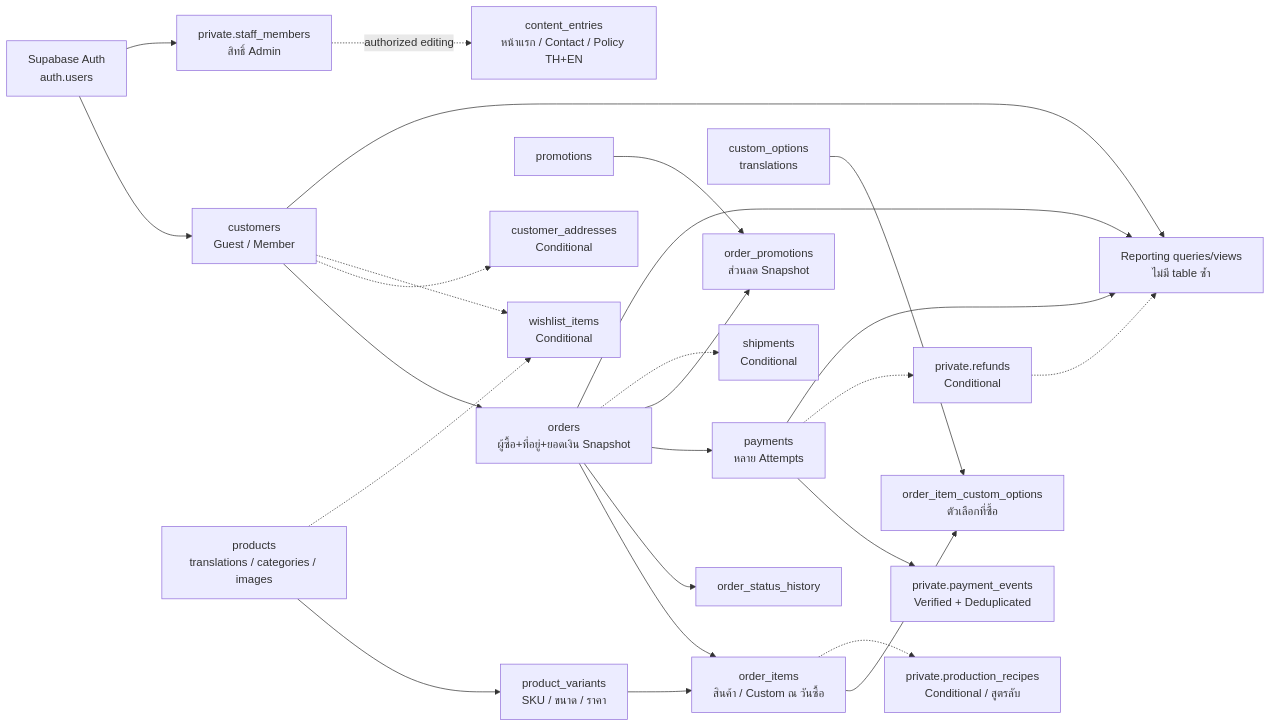
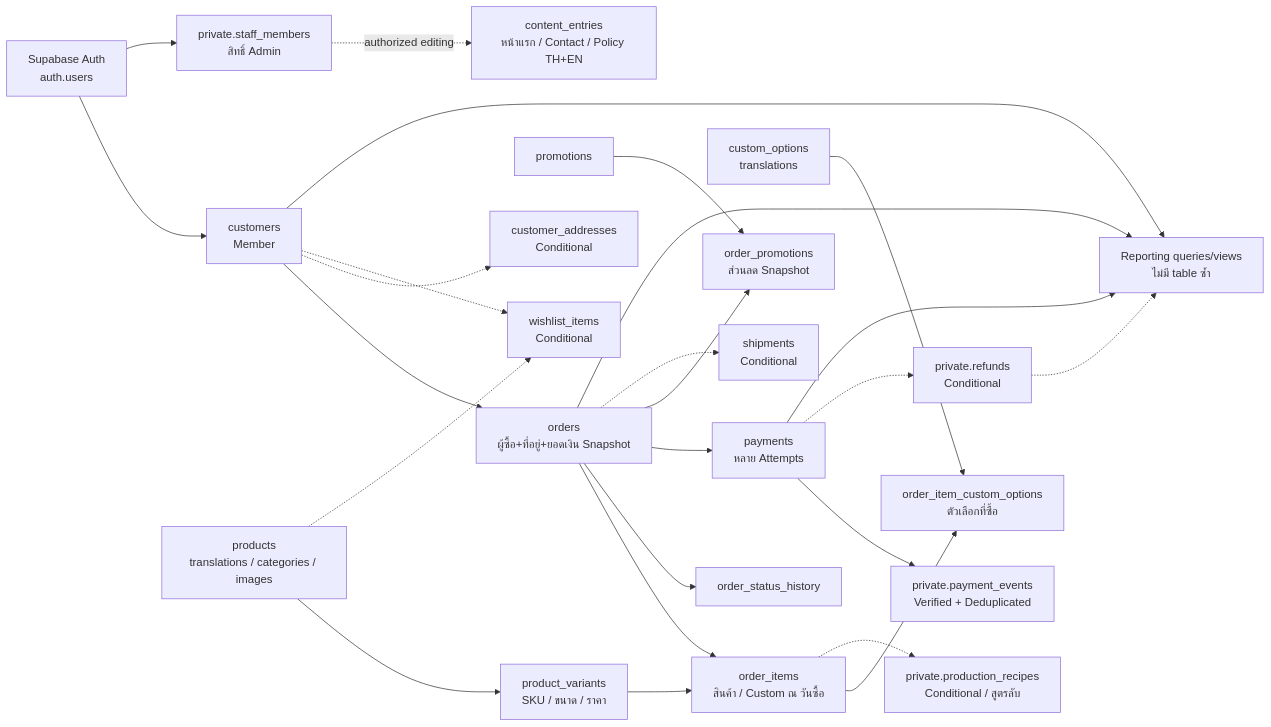
Before and after one commit to techanapdev/Perfume: the diagram in docs/perfume/db.md, drawn with Mermaid. The commit also changed other lines of this file and 18 other files, not shown here.

````diff
--- a/docs/perfume/db.md
+++ b/docs/perfume/db.md
@@ -37,28 +47,28 @@
 ```mermaid
 flowchart LR
-  AUTH["Supabase Auth<br/>auth.users"] --> CUSTOMER["customers<br/>Guest / Member"]
+  AUTH["Supabase Auth<br/>auth.users"] --> CUSTOMER["customers<br/>Member"]
   AUTH --> STAFF["private.staff_members<br/>สิทธิ์ Admin"]
   PRODUCT["products<br/>translations / categories / images"] --> VARIANT["product_variants<br/>SKU / ขนาด / ราคา"]
   CUSTOMER --> ORDER["orders<br/>ผู้ซื้อ+ที่อยู่+ยอดเงิน Snapshot"]
   ORDER --> ITEM["order_items<br/>สินค้า / Custom ณ วันซื้อ"]
   VARIANT --> ITEM
   OPTIONS["custom_options<br/>translations"] --> CHOICES["order_item_custom_options<br/>ตัวเลือกที่ซื้อ"]
   ITEM --> CHOICES
   ORDER --> HISTORY["order_status_history"]
   ORDER --> PAY["payments<br/>หลาย Attempts"]
   PAY --> EVENTS["private.payment_events<br/>Verified + Deduplicated"]
   PROMO["promotions"] --> APPLIED["order_promotions<br/>ส่วนลด Snapshot"]
   ORDER --> APPLIED
   CUSTOMER -.-> ADDR["customer_addresses<br/>Conditional"]
   CUSTOMER -.-> WISH["wishlist_items<br/>Conditional"]
   PRODUCT -.-> WISH
   ITEM -.-> RECIPE["private.production_recipes<br/>Conditional / สูตรลับ"]
   ORDER -.-> SHIP["shipments<br/>Conditional"]
   PAY -.-> REFUND["private.refunds<br/>Conditional"]
   CONTENT["content_entries<br/>หน้าแรก / Contact / Policy TH+EN"]
   STAFF -.->|authorized editing| CONTENT
   PAY --> REPORT["Reporting queries/views<br/>ไม่มี table ซ้ำ"]
   ORDER --> REPORT
   REFUND -.-> REPORT
   CUSTOMER --> REPORT
 ```
````
